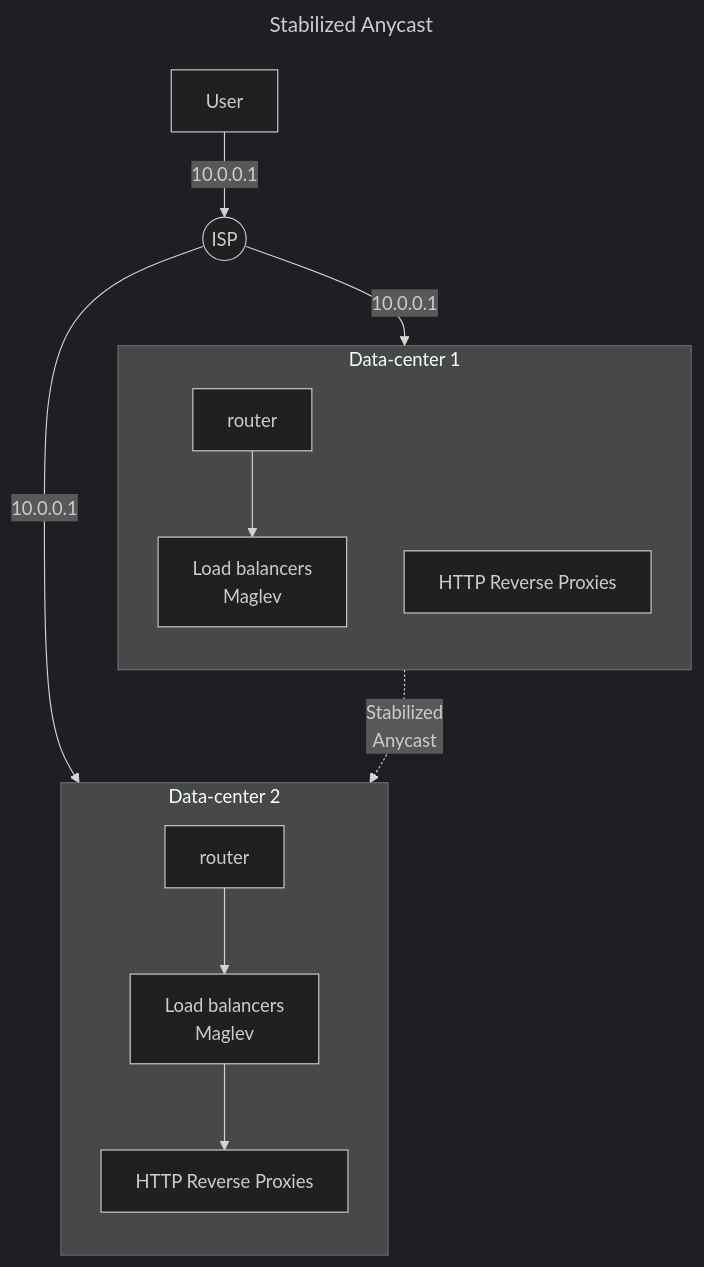
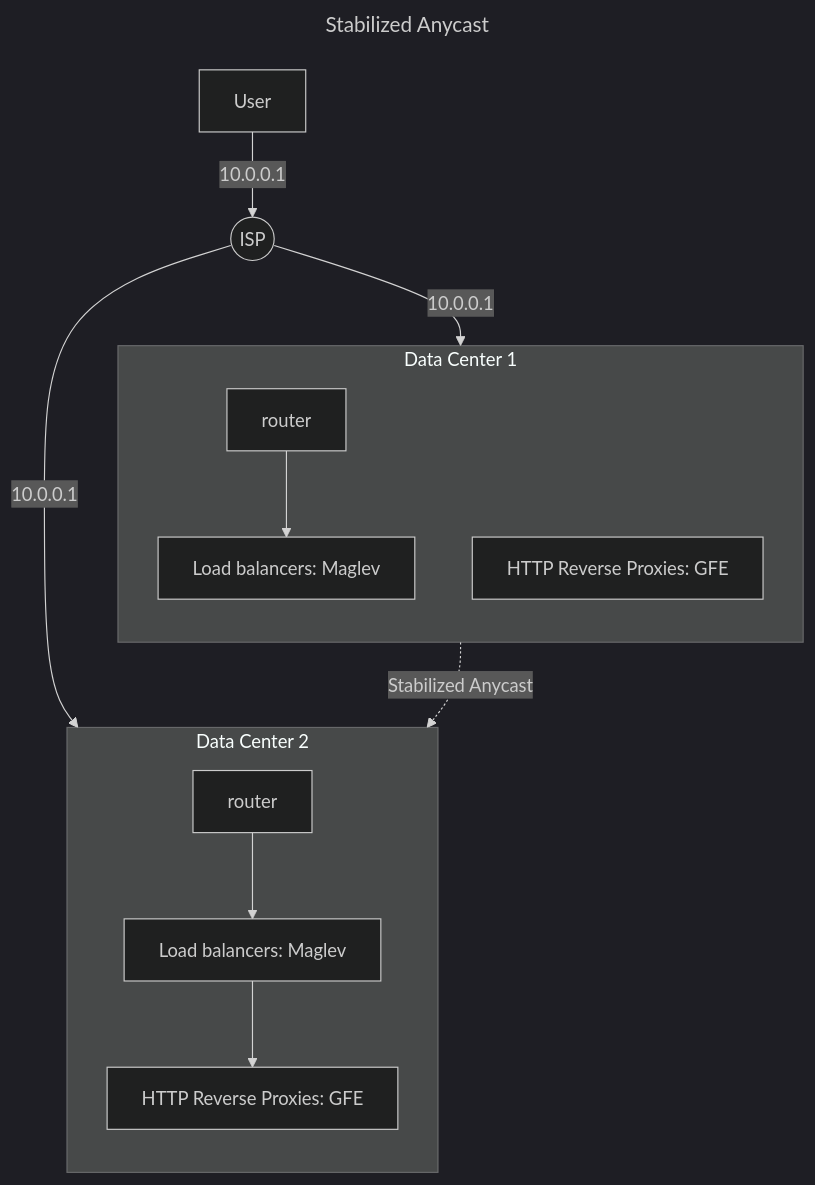
One commit to evan361425/evan361425.github.io changed the first of 2 diagrams in src/feedback/site-reliability-workbook/managing-load.md. Above: the diagram before and after it, drawn with Mermaid (dark theme). The commit also changed other lines of this file, not shown here.

Commit message:
sre: managing load

````diff
--- a/src/feedback/site-reliability-workbook/managing-load.md
+++ b/src/feedback/site-reliability-workbook/managing-load.md
@@ -48,20 +48,20 @@
 ```mermaid
 ---
 title: Stabilized Anycast
 ---
 flowchart TB
   u[User] --10.0.0.1--> i((ISP))
-  subgraph "Data-center 1"
+  subgraph "Data Center 1"
     direction TB
-    u1[router] --> lb1[Load balancers<br>Maglev]
-    p1[HTTP Reverse Proxies]
+    u1[router] --> lb1[Load balancers: Maglev]
+    p1[HTTP Reverse Proxies: GFE]
   end
-  subgraph "Data-center 2"
+  subgraph "Data Center 2"
     direction TB
-    u2[router] --> lb2[Load balancers<br>Maglev]
-    lb2 --> p2[HTTP Reverse Proxies]
+    u2[router] --> lb2[Load balancers: Maglev]
+    lb2 --> p2[HTTP Reverse Proxies: GFE]
   end
   i --10.0.0.1--> u1
   i --10.0.0.1--> u2
-  lb1 -.Stabilized<br>Anycast.-> lb2
+  lb1 -.Stabilized Anycast.-> lb2
 ```
````
